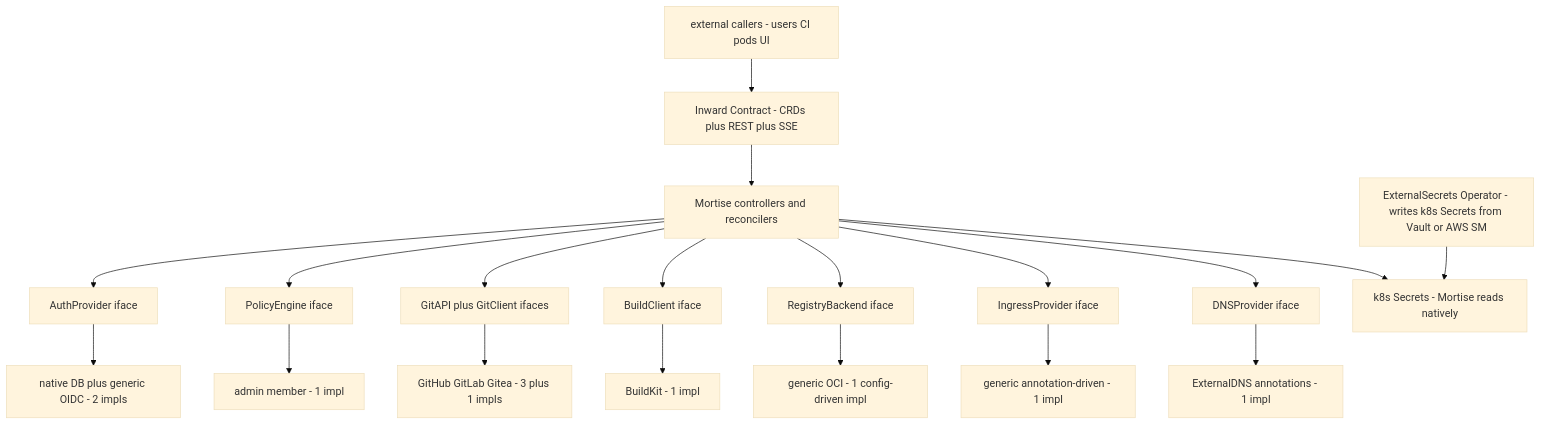
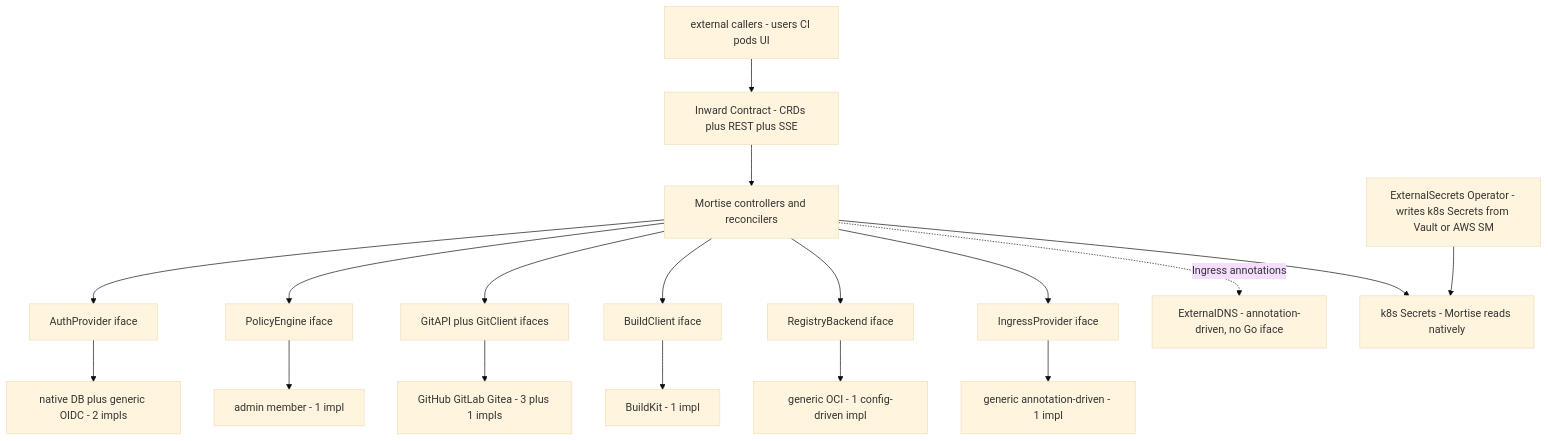
One commit to mortise-org/mortise changed the third of 5 diagrams in ARCHITECTURE.md. Above: the diagram before and after it, drawn with Mermaid (base theme). The commit also changed other lines of this file and 5 other files, not shown here.

````diff
--- a/ARCHITECTURE.md
+++ b/ARCHITECTURE.md
@@ -199,38 +200,37 @@
 ```mermaid
 flowchart TB
     Callers["external callers - users CI pods UI"]
     Public["Inward Contract - CRDs plus REST plus SSE"]
     Ctrl["Mortise controllers and reconcilers"]
 
     AU["AuthProvider iface"]
     AUImpl["native DB plus generic OIDC - 2 impls"]
     PE["PolicyEngine iface"]
     PEImpl["admin member - 1 impl"]
     GA["GitAPI plus GitClient ifaces"]
     GAImpl["GitHub GitLab Gitea - 3 plus 1 impls"]
     BC["BuildClient iface"]
     BCImpl["BuildKit - 1 impl"]
     RB["RegistryBackend iface"]
     RBImpl["generic OCI - 1 config-driven impl"]
     IP["IngressProvider iface"]
     IPImpl["generic annotation-driven - 1 impl"]
-    DP["DNSProvider iface"]
-    DPImpl["ExternalDNS annotations - 1 impl"]
+    ExtDNSNote["ExternalDNS - annotation-driven, no Go iface"]
 
     ESO["ExternalSecrets Operator - writes k8s Secrets from Vault or AWS SM"]
     K8sSec["k8s Secrets - Mortise reads natively"]
 
     Callers --> Public
     Public --> Ctrl
 
     Ctrl --> AU --> AUImpl
     Ctrl --> PE --> PEImpl
     Ctrl --> GA --> GAImpl
     Ctrl --> BC --> BCImpl
     Ctrl --> RB --> RBImpl
     Ctrl --> IP --> IPImpl
-    Ctrl --> DP --> DPImpl
+    Ctrl -.Ingress annotations.-> ExtDNSNote
 
     Ctrl --> K8sSec
     ESO --> K8sSec
 ```
````
